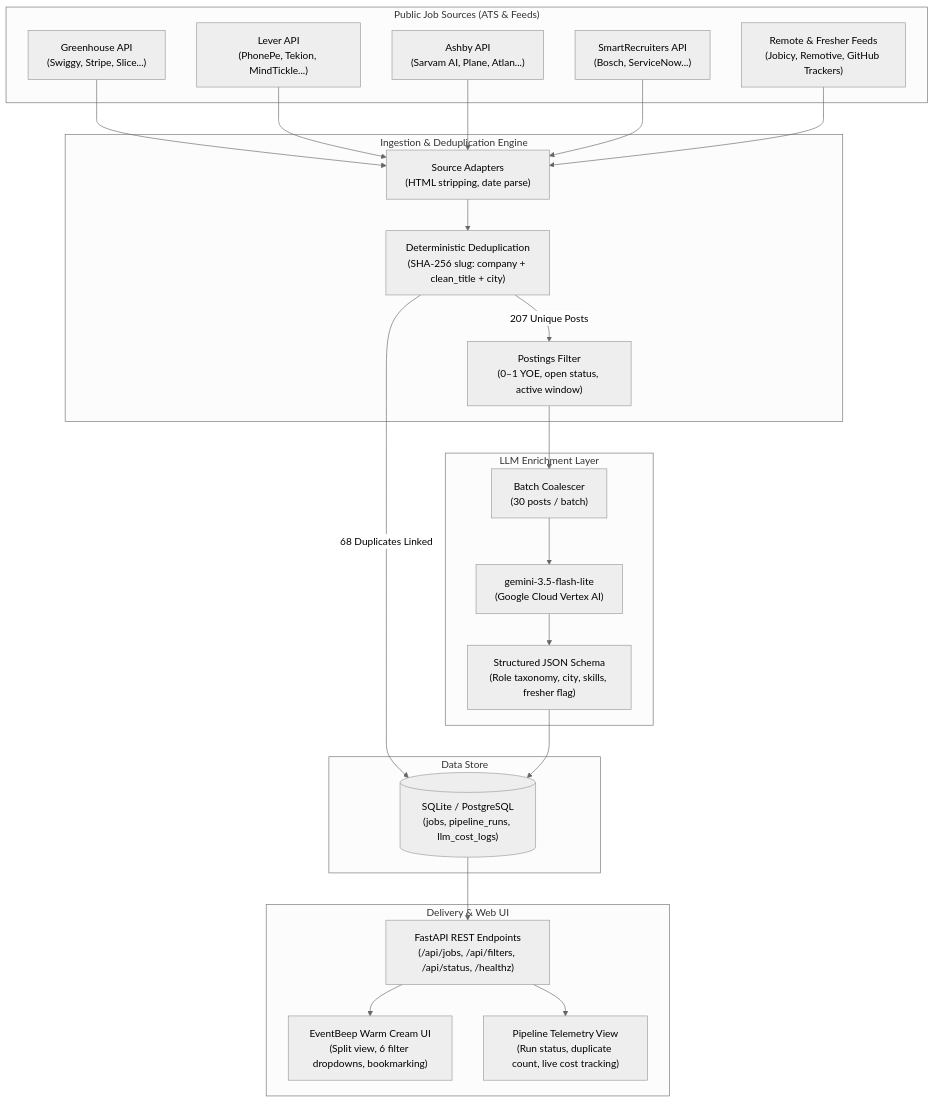
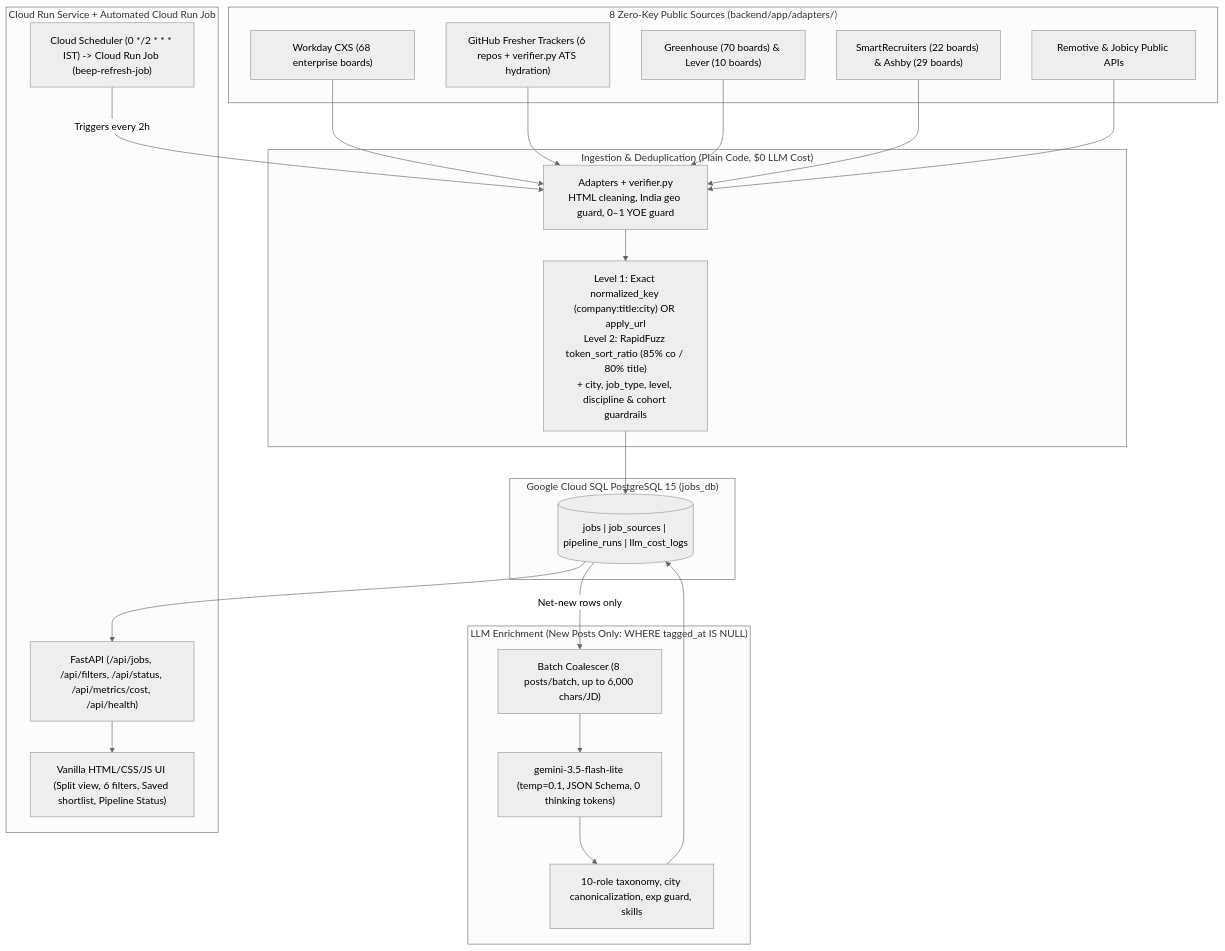
One commit to Aditya290605/Beep-Job-Search changed the diagram in README.md. Above: the diagram before and after it, drawn with Mermaid (neutral theme). The commit also changed other lines of this file and 33 other files, not shown here.

Commit message:
fix: production audit fixes, token optimization, saved jobs local persistence, and GitHub Actions CI/CD

````diff
--- a/README.md
+++ b/README.md
@@ -15,43 +18,36 @@
 ```mermaid
 flowchart TD
-    subgraph S["Public Job Sources (ATS & Feeds)"]
-        S1["Greenhouse API<br/>(Swiggy, Stripe, Slice...)"]
-        S2["Lever API<br/>(PhonePe, Tekion, MindTickle...)"]
-        S3["Ashby API<br/>(Sarvam AI, Plane, Atlan...)"]
-        S4["SmartRecruiters API<br/>(Bosch, ServiceNow...)"]
-        S5["Remote & Fresher Feeds<br/>(Jobicy, Remotive, GitHub Trackers)"]
+    subgraph S["8 Zero-Key Public Sources (backend/app/adapters/)"]
+        S1["Workday CXS (68 enterprise boards)"]
+        S2["GitHub Fresher Trackers (6 repos + verifier.py ATS hydration)"]
+        S3["Greenhouse (70 boards) & Lever (10 boards)"]
+        S4["SmartRecruiters (22 boards) & Ashby (29 boards)"]
+        S5["Remotive & Jobicy Public APIs"]
     end
 
-    subgraph I["Ingestion & Deduplication Engine"]
-        I1["Source Adapters<br/>(HTML stripping, date parse)"]
-        I2["Deterministic Deduplication<br/>(SHA-256 slug: company + clean_title + city)"]
-        I3["Postings Filter<br/>(0–1 YOE, open status, active window)"]
+    subgraph I["Ingestion & Deduplication (Plain Code, $0 LLM Cost)"]
+        I1["Adapters + verifier.py<br/>HTML cleaning, India geo guard, 0–1 YOE guard"]
+        I2["Level 1: Exact normalized_key (company:title:city) OR apply_url<br/>Level 2: RapidFuzz token_sort_ratio (85% co / 80% title)<br/>+ city, job_type, level, discipline & cohort guardrails"]
     end
 
-    subgraph L["LLM Enrichment Layer"]
-        L1["Batch Coalescer<br/>(30 posts / batch)"]
-        L2["gemini-3.5-flash-lite<br/>(Google Cloud Vertex AI)"]
-        L3["Structured JSON Schema<br/>(Role taxonomy, city, skills, fresher flag)"]
+    subgraph L["LLM Enrichment (New Posts Only: WHERE tagged_at IS NULL)"]
+        L1["Batch Coalescer (8 posts/batch, up to 6,000 chars/JD)"]
+        L2["gemini-3.5-flash-lite (temp=0.1, JSON Schema, 0 thinking tokens)"]
+        L3["10-role taxonomy, city canonicalization, exp guard, skills"]
     end
 
-    subgraph D["Data Store"]
-        D1[("SQLite / PostgreSQL<br/>(jobs, pipeline_runs, llm_cost_logs)")]
+    subgraph D["Google Cloud SQL PostgreSQL 15 (jobs_db)"]
+        D1[("jobs | job_sources | pipeline_runs | llm_cost_logs")]
     end
 
-    subgraph U["Delivery & Web UI"]
-        U1["FastAPI REST Endpoints<br/>(/api/jobs, /api/filters, /api/status, /healthz)"]
-        U2["EventBeep Warm Cream UI<br/>(Split view, 6 filter dropdowns, bookmarking)"]
-        U3["Pipeline Telemetry View<br/>(Run status, duplicate count, live cost tracking)"]
+    subgraph U["Cloud Run Service + Automated Cloud Run Job"]
+        U1["FastAPI (/api/jobs, /api/filters, /api/status, /api/metrics/cost, /api/health)"]
+        U2["Vanilla HTML/CSS/JS UI (Split view, 6 filters, Saved shortlist, Pipeline Status)"]
+        U3["Cloud Scheduler (0 */2 * * * IST) -> Cloud Run Job (beep-refresh-job)"]
     end
 
-    S1 & S2 & S3 & S4 & S5 --> I1
-    I1 --> I2
-    I2 -->|68 Duplicates Linked| D1
-    I2 -->|207 Unique Posts| I3
-    I3 --> L1
-    L1 --> L2
-    L2 --> L3
-    L3 --> D1
-    D1 --> U1
-    U1 --> U2 & U3
+    S1 & S2 & S3 & S4 & S5 --> I1 --> I2 --> D1
+    D1 -->|Net-new rows only| L1 --> L2 --> L3 --> D1
+    U3 -->|Triggers every 2h| I1
+    D1 --> U1 --> U2
 ```
````
